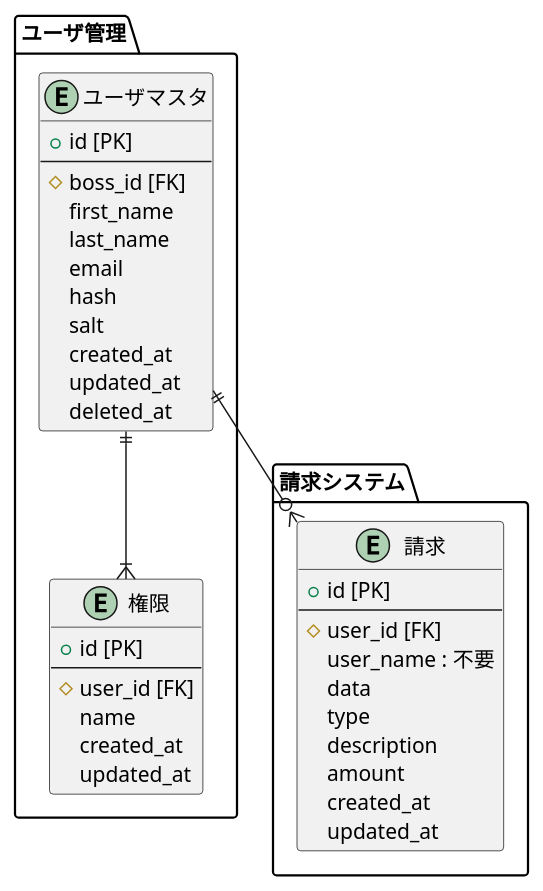
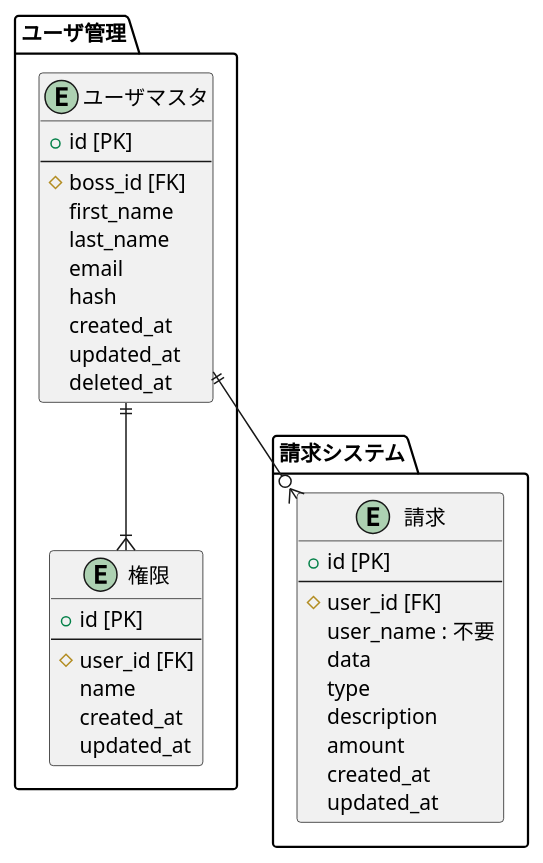
Before and after one commit to jkytf0122000/expense-reporter-sample: the diagram in uml/tables.pu, drawn with PlantUML. The commit also changed 5 other files, not shown here.

```diff
--- a/uml/tables.pu
+++ b/uml/tables.pu
@@ -1,46 +1,45 @@
 @startuml
 
 package 請求システム as expense_system {
   entity "請求" as expense {
     + id [PK]
     --
     # user_id [FK]
     user_name : 不要
     data
     type
     description
     amount
     created_at
     updated_at
   }
 }
 
 package ユーザ管理 as user_management {
   entity "ユーザマスタ" as user {
     + id [PK]
     --
     # boss_id [FK]
     first_name
     last_name
     email
     hash
-    salt
     created_at
     updated_at
     deleted_at
   }
 
   entity "権限" as role {
     + id [PK]
     --
     # user_id [FK]
     name
     created_at
     updated_at
   }
 }
 
   user ||--|{ role
   user ||--o{ expense
 
 @enduml
```
